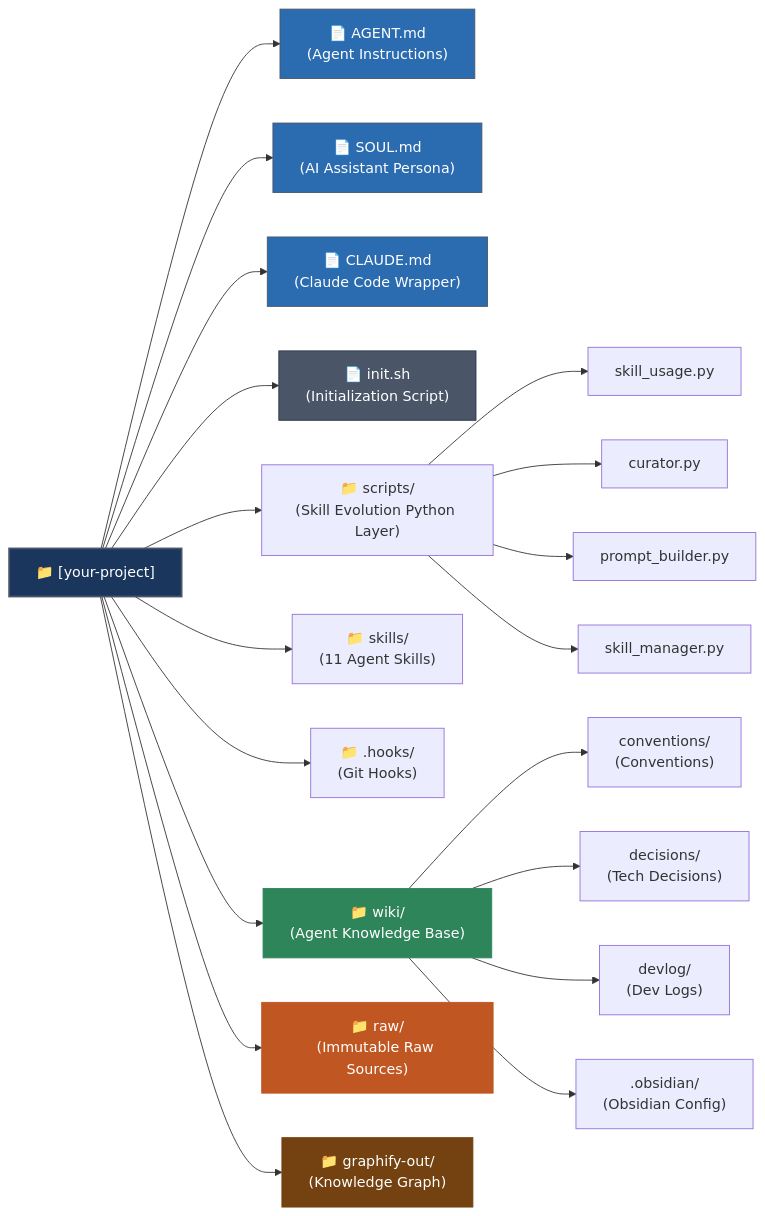
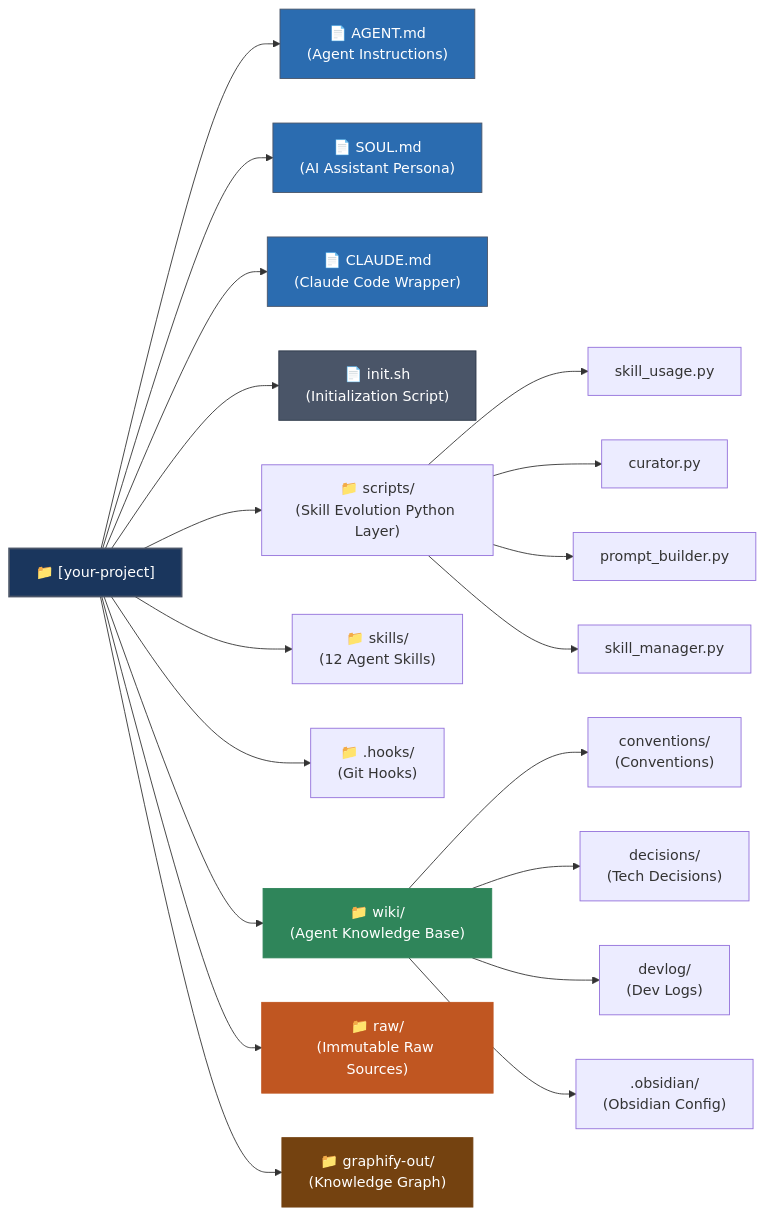
Before and after one commit to taejung3852/project-scaffold: the diagram in README.md, drawn with Mermaid. The commit also changed other lines of this file and 6 other files, not shown here.

````diff
--- a/README.md
+++ b/README.md
@@ -651,41 +671,41 @@
 ```mermaid
 %%{init: {'flowchart': {'rankSpacing': 90}}}%%
 graph LR
     Root["📁 [your-project]"]
     
     %% Root files
     Root --> AGENT["📄 AGENT.md<br/>(Agent Instructions)"]
     Root --> SOUL["📄 SOUL.md<br/>(AI Assistant Persona)"]
     Root --> CLAUDE["📄 CLAUDE.md<br/>(Claude Code Wrapper)"]
     Root --> INIT["📄 init.sh<br/>(Initialization Script)"]
 
     %% Directories
     Root --> Scripts["📁 scripts/<br/>(Skill Evolution Python Layer)"]
-    Root --> Skills["📁 skills/<br/>(11 Agent Skills)"]
+    Root --> Skills["📁 skills/<br/>(12 Agent Skills)"]
     Root --> Hooks["📁 .hooks/<br/>(Git Hooks)"]
     Root --> Wiki["📁 wiki/<br/>(Agent Knowledge Base)"]
     Root --> Raw["📁 raw/<br/>(Immutable Raw Sources)"]
     Root --> Graphify["📁 graphify-out/<br/>(Knowledge Graph)"]
 
     %% scripts detail
     Scripts --> S_Usage["skill_usage.py"]
     Scripts --> S_Curator["curator.py"]
     Scripts --> S_Prompt["prompt_builder.py"]
     Scripts --> S_Manager["skill_manager.py"]
 
     %% wiki detail
     Wiki --> W_Conv["conventions/<br/>(Conventions)"]
     Wiki --> W_Dec["decisions/<br/>(Tech Decisions)"]
     Wiki --> W_Dev["devlog/<br/>(Dev Logs)"]
     Wiki --> W_Obs[".obsidian/<br/>(Obsidian Config)"]
 
     %% Styles (Harmonious sleek theme)
     style Root fill:#1A365D,stroke:#4A5568,stroke-width:2px,color:#fff
     style AGENT fill:#2B6CB0,stroke:#4A5568,color:#fff
     style SOUL fill:#2B6CB0,stroke:#4A5568,color:#fff
     style CLAUDE fill:#2B6CB0,stroke:#4A5568,color:#fff
     style INIT fill:#4A5568,stroke:#2D3748,color:#fff
     style Wiki fill:#2F855A,stroke:#2F855A,color:#fff
     style Raw fill:#C05621,stroke:#C05621,color:#fff
     style Graphify fill:#744210,stroke:#744210,color:#fff
 ```
````
